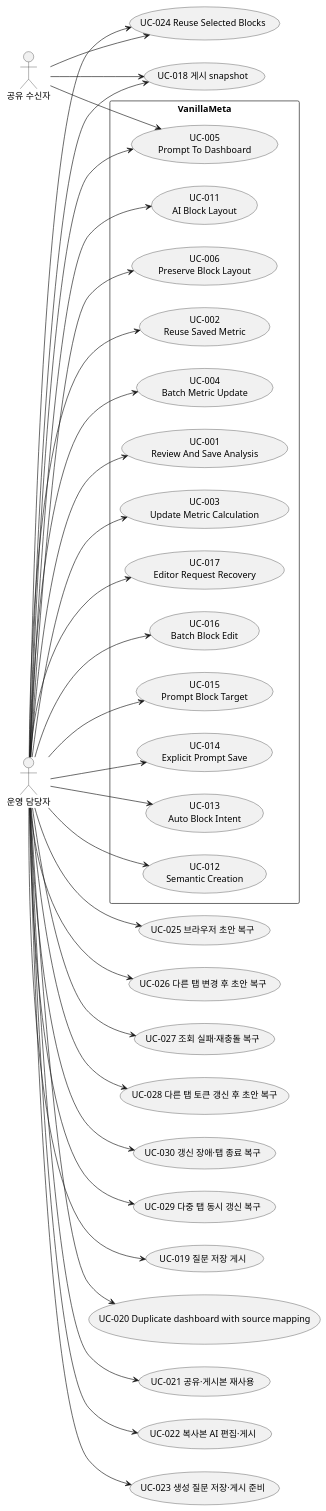
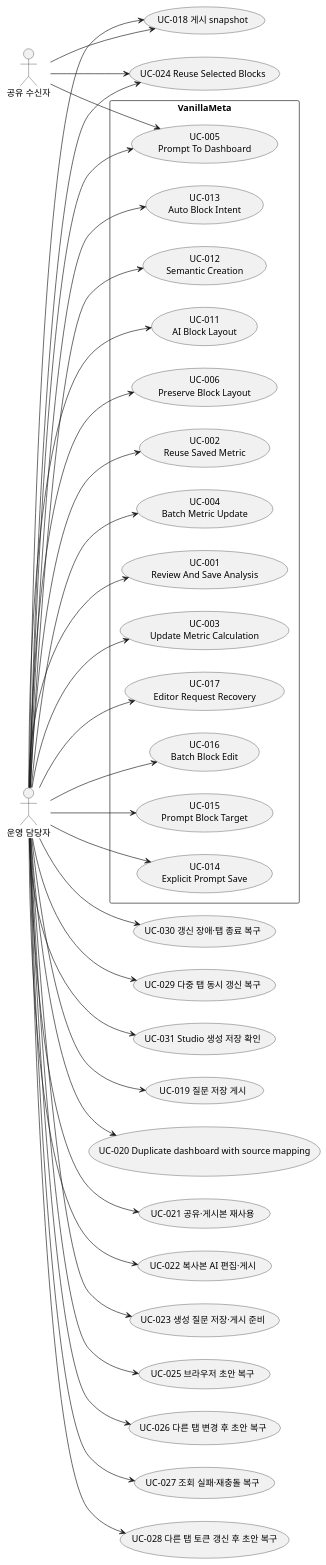
Before and after one commit to vanillabrain/vanillameta: the diagram in docs/use_cases.puml, drawn with PlantUML. The commit also changed 9 other files, not shown here.

```diff
--- a/docs/use_cases.puml
+++ b/docs/use_cases.puml
@@ -1,62 +1,64 @@
 @startuml
 left to right direction
 actor "운영 담당자" as operator
 rectangle "VanillaMeta" {
  usecase "UC-017\nEditor Request Recovery" as UC017
  usecase "UC-016\nBatch Block Edit" as UC016
  usecase "UC-015\nPrompt Block Target" as UC015
  usecase "UC-014\nExplicit Prompt Save" as UC014
  usecase "UC-013\nAuto Block Intent" as UC013
  usecase "UC-012\nSemantic Creation" as UC012
  usecase "UC-011\nAI Block Layout" as UC011
  usecase "UC-006\nPreserve Block Layout" as UC006
  usecase "UC-005\nPrompt To Dashboard" as UC005
  usecase "UC-004\nBatch Metric Update" as UC004
  usecase "UC-001\nReview And Save Analysis" as UC001
  usecase "UC-003\nUpdate Metric Calculation" as UC003
  usecase "UC-002\nReuse Saved Metric" as UC002
 }
 operator --> UC015
 operator --> UC014
 operator --> UC013
 operator --> UC012
 operator --> UC011
 operator --> UC006
 operator --> UC005
 actor "공유 수신자" as recipient
 recipient --> UC005
 operator --> UC004
 operator --> UC003
 operator --> UC002
 operator --> UC001
 operator --> UC016
 operator --> UC017
 usecase "UC-018 게시 snapshot" as UC018
 operator --> UC018
 recipient --> UC018
 usecase "UC-019 질문 저장 게시" as UC019
 operator --> UC019
 usecase "UC-020 Duplicate dashboard with source mapping" as UC020
 operator --> UC020
 usecase "UC-021 공유·게시본 재사용" as UC021
 operator --> UC021
 usecase "UC-022 복사본 AI 편집·게시" as UC022
 operator --> UC022
 usecase "UC-023 생성 질문 저장·게시 준비" as UC023
 operator --> UC023
 usecase "UC-024 Reuse Selected Blocks" as UC024
 operator --> UC024
 recipient --> UC024
 usecase "UC-025 브라우저 초안 복구" as UC025
 operator --> UC025
 usecase "UC-026 다른 탭 변경 후 초안 복구" as UC026
 operator --> UC026
 usecase "UC-027 조회 실패·재충돌 복구" as UC027
 operator --> UC027
 usecase "UC-028 다른 탭 토큰 갱신 후 초안 복구" as UC028
 operator --> UC028
 usecase "UC-030 갱신 장애·탭 종료 복구" as UC030
 usecase "UC-029 다중 탭 동시 갱신 복구" as UC029
 operator --> UC029
 operator --> UC030
+usecase "UC-031 Studio 생성 저장 확인" as UC031
+operator --> UC031
 @enduml
```
